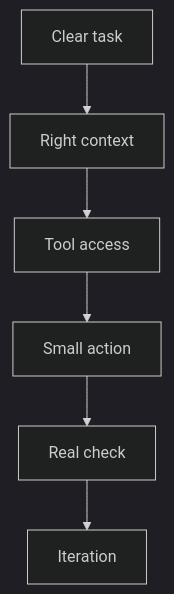
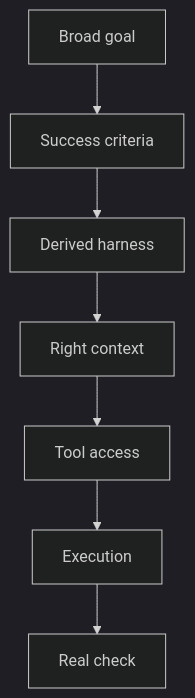
One commit to jremick/codexmaxxing changed the diagram in docs/research-synthesis.md. Above: the diagram before and after it, drawn with Mermaid (dark theme). The commit also changed other lines of this file and 22 other files, not shown here.

````diff
--- a/docs/research-synthesis.md
+++ b/docs/research-synthesis.md
@@ -70,8 +83,9 @@
 ```mermaid
 flowchart TD
-  A["Clear task"] --> B["Right context"]
-  B --> C["Tool access"]
-  C --> D["Small action"]
-  D --> E["Real check"]
-  E --> F["Iteration"]
+  A["Broad goal"] --> B["Success criteria"]
+  B --> C["Derived harness"]
+  C --> D["Right context"]
+  D --> E["Tool access"]
+  E --> F["Execution"]
+  F --> G["Real check"]
 ```
````
